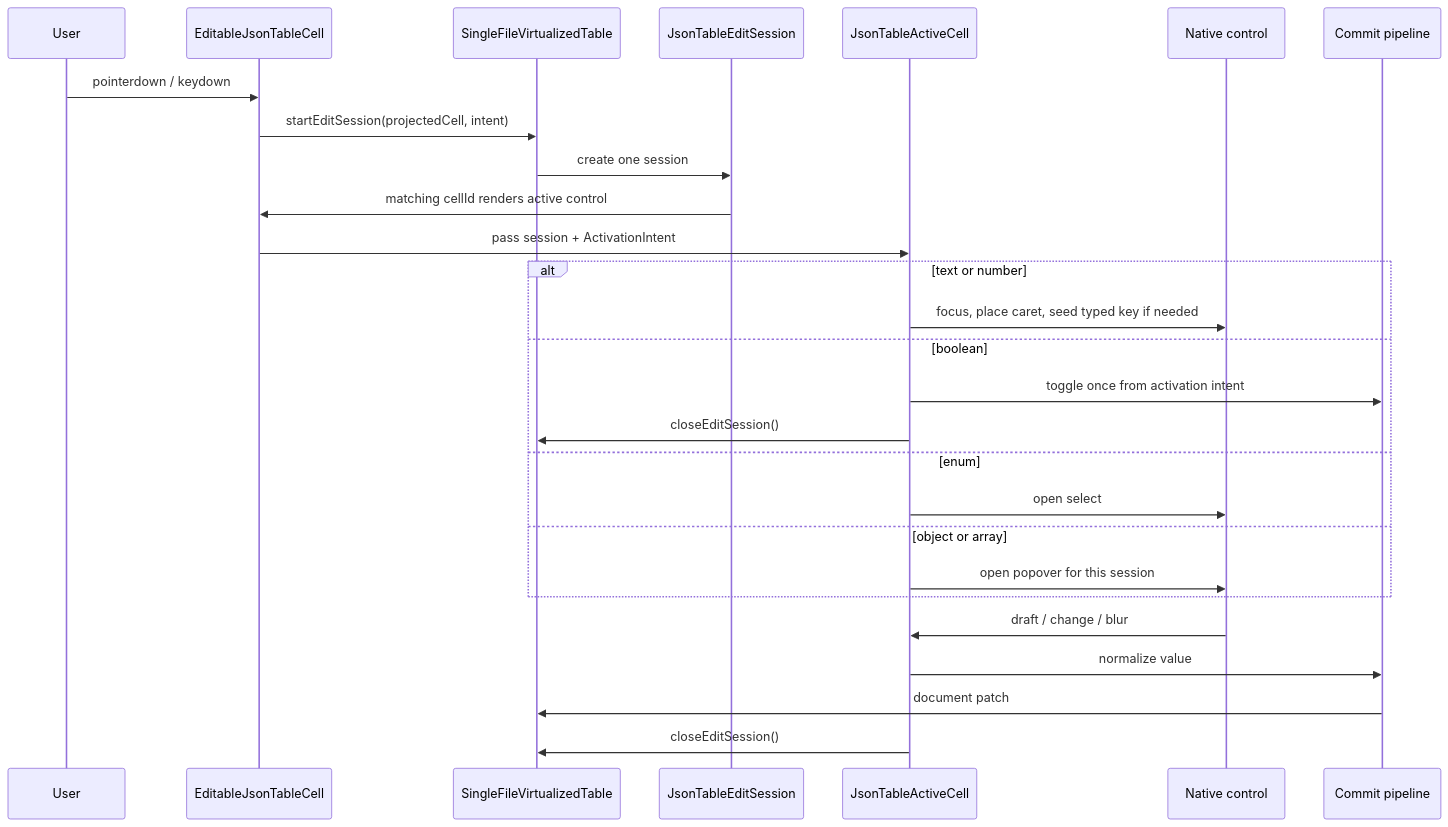
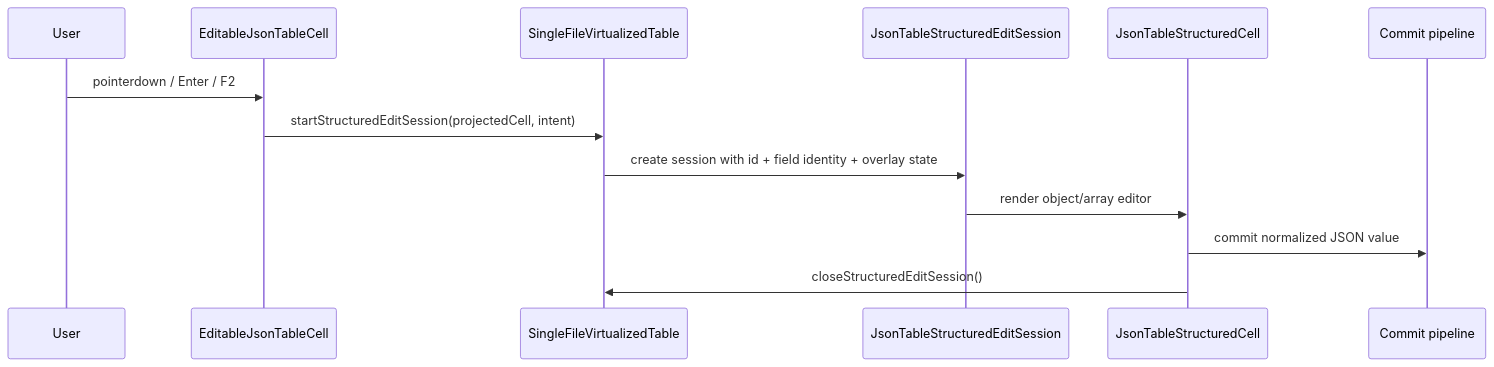
One commit to retab-dev/retab-ui changed the third of 4 diagrams in components/json-table/ARCHITECTURE_DIAGRAM.md. Above: the diagram before and after it, drawn with Mermaid. The commit also changed other lines of this file and 186 other files, not shown here.

````diff
--- a/components/json-table/ARCHITECTURE_DIAGRAM.md
+++ b/components/json-table/ARCHITECTURE_DIAGRAM.md
@@ -74,32 +95,16 @@
 ```mermaid
 sequenceDiagram
   participant U as User
   participant Cell as EditableJsonTableCell
   participant Table as SingleFileVirtualizedTable
-  participant Session as JsonTableEditSession
-  participant Active as JsonTableActiveCell
-  participant Control as Native control
+  participant Session as JsonTableStructuredEditSession
+  participant Structured as JsonTableStructuredCell
   participant Commit as Commit pipeline
 
-  U->>Cell: pointerdown / keydown
-  Cell->>Table: startEditSession(projectedCell, intent)
-  Table->>Session: create one session
-  Session->>Cell: matching cellId renders active control
-  Cell->>Active: pass session + ActivationIntent
-
-  alt text or number
-    Active->>Control: focus, place caret, seed typed key if needed
-  else boolean
-    Active->>Commit: toggle once from activation intent
-    Active->>Table: closeEditSession()
-  else enum
-    Active->>Control: open select
-  else object or array
-    Active->>Control: open popover for this session
-  end
-
-  Control->>Active: draft / change / blur
-  Active->>Commit: normalize value
-  Commit->>Table: document patch
-  Active->>Table: closeEditSession()
+  U->>Cell: pointerdown / Enter / F2
+  Cell->>Table: startStructuredEditSession(projectedCell, intent)
+  Table->>Session: create session with id + field identity + overlay state
+  Session->>Structured: render object/array editor
+  Structured->>Commit: commit normalized JSON value
+  Structured->>Table: closeStructuredEditSession()
 ```
````
